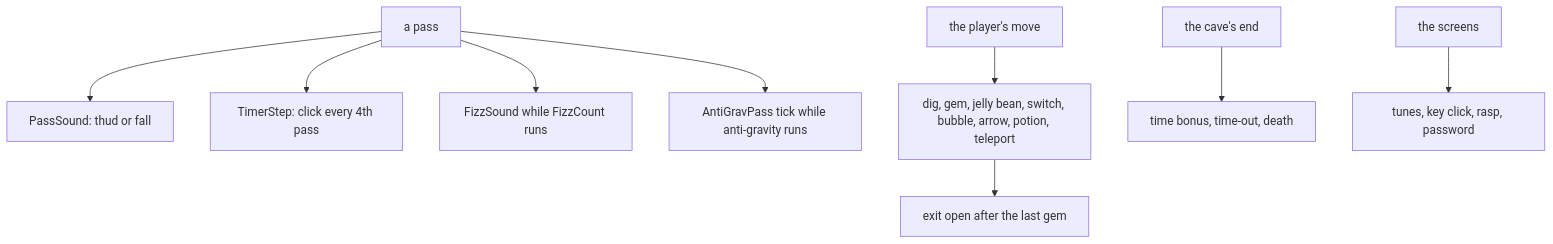
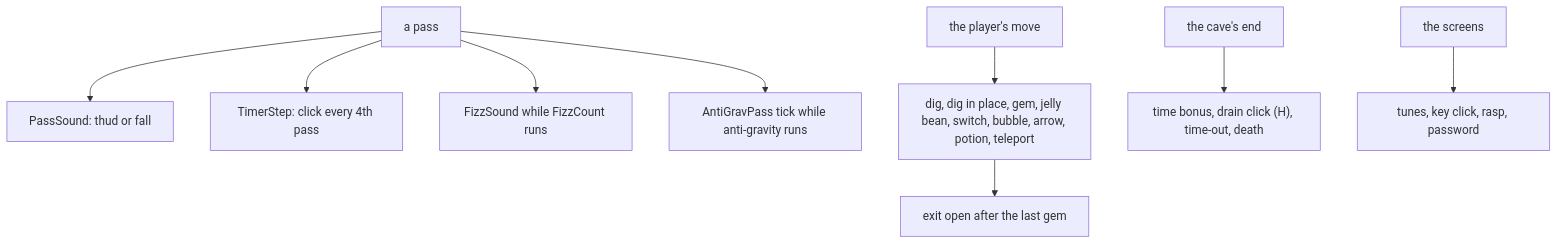
The tenth of 10 diagrams in games/earth-shaker/docs/09-sound.md (alfishe/unrealng-reverse-cases), drawn with Mermaid before and after one commit. The commit also changed other lines of this file and 52 other files, not shown here.

Commit message:
Earth Shaker: review round 1 fixes (jelly bean, stack depth, menu flow, DigInPlace sound, teleport-599 bug, witness counts recounted, bright quarters)

````diff
--- a/games/earth-shaker/docs/09-sound.md
+++ b/games/earth-shaker/docs/09-sound.md
@@ -747,11 +781,11 @@
 ```mermaid
 flowchart TD
     A["a pass"] --> B["PassSound: thud or fall"]
     A --> C["TimerStep: click every 4th pass"]
     A --> D["FizzSound while FizzCount runs"]
     A --> E["AntiGravPass tick while anti-gravity runs"]
-    F["the player's move"] --> G["dig, gem, jelly bean, switch, bubble, arrow, potion, teleport"]
+    F["the player's move"] --> G["dig, dig in place, gem, jelly bean, switch, bubble, arrow, potion, teleport"]
     G --> H["exit open after the last gem"]
-    I["the cave's end"] --> J["time bonus, time-out, death"]
+    I["the cave's end"] --> J["time bonus, drain click (H), time-out, death"]
     K["the screens"] --> L["tunes, key click, rasp, password"]
 ```
````
